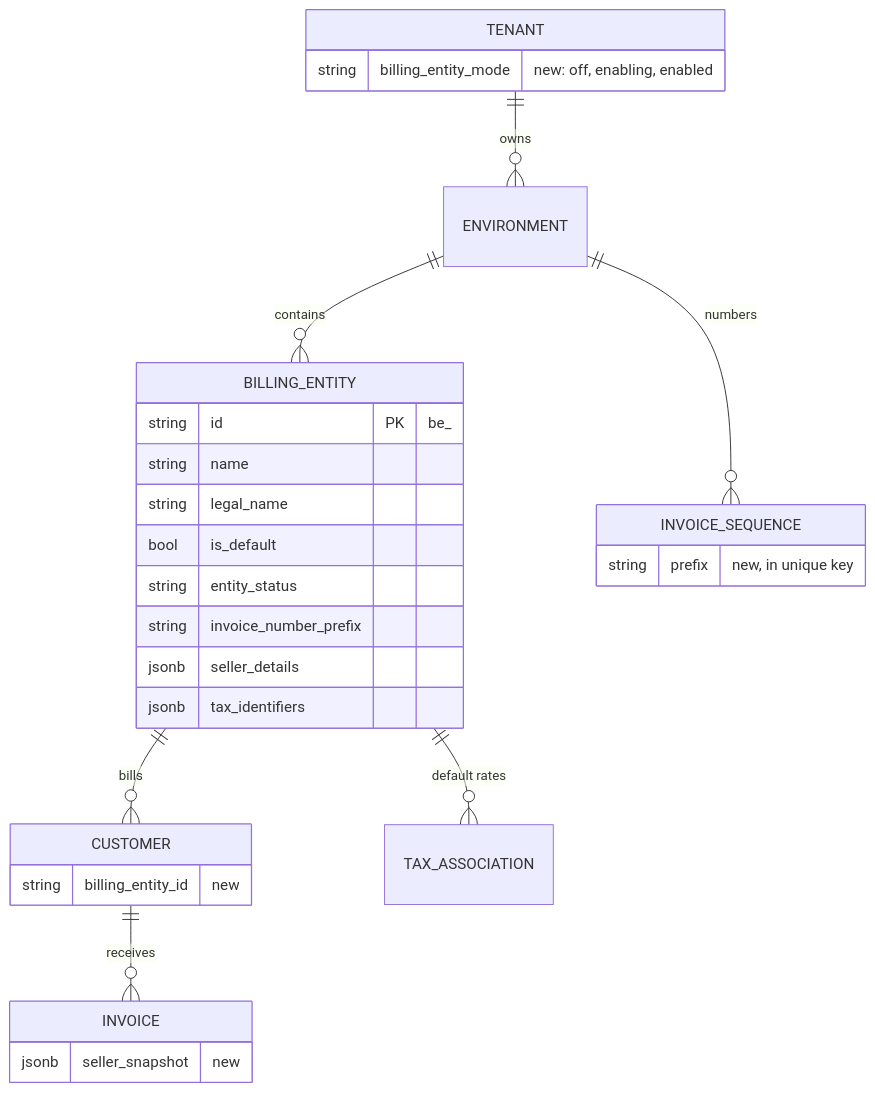
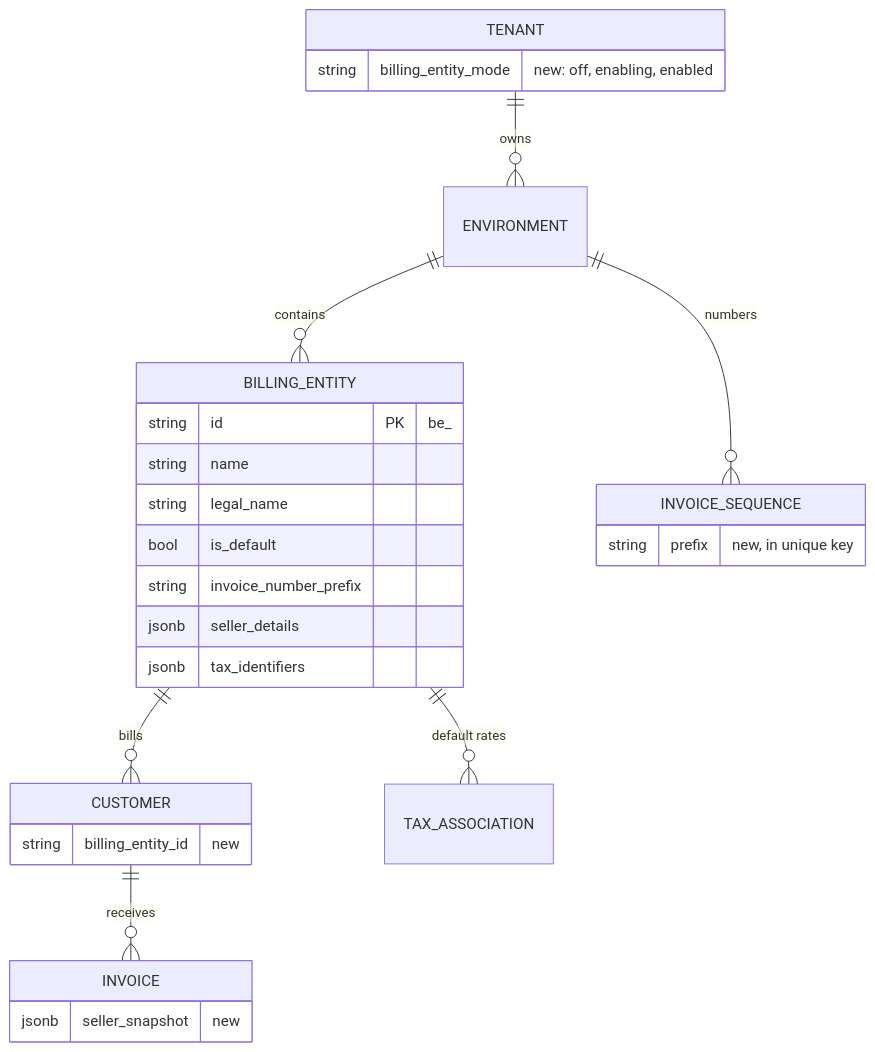
One commit to flexprice/flexprice changed the second of 7 diagrams in docs/design/2026-10-27-billing-entities-p1-erd.md. Above: the diagram before and after it, drawn with Mermaid. The commit also changed other lines of this file, not shown here.

Commit message:
docs(billing-entities): no entity disable, no clone when enabled, lock all tenant tax link edits

````diff
--- a/docs/design/2026-10-27-billing-entities-p1-erd.md
+++ b/docs/design/2026-10-27-billing-entities-p1-erd.md
@@ -230,31 +230,30 @@
 ```mermaid
 erDiagram
   TENANT ||--o{ ENVIRONMENT : owns
   ENVIRONMENT ||--o{ BILLING_ENTITY : contains
   BILLING_ENTITY ||--o{ CUSTOMER : bills
   BILLING_ENTITY ||--o{ TAX_ASSOCIATION : "default rates"
   CUSTOMER ||--o{ INVOICE : receives
   ENVIRONMENT ||--o{ INVOICE_SEQUENCE : numbers
   TENANT {
     string billing_entity_mode "new: off, enabling, enabled"
   }
   BILLING_ENTITY {
     string id PK "be_"
     string name
     string legal_name
     bool is_default
-    string entity_status
     string invoice_number_prefix
     jsonb seller_details
     jsonb tax_identifiers
   }
   CUSTOMER {
     string billing_entity_id "new"
   }
   INVOICE {
     jsonb seller_snapshot "new"
   }
   INVOICE_SEQUENCE {
     string prefix "new, in unique key"
   }
 ```
````
